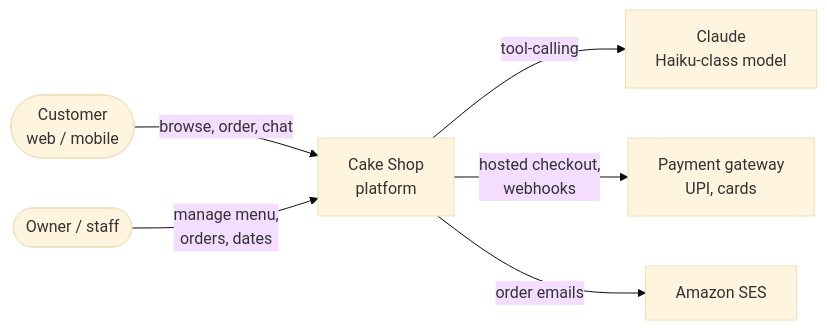
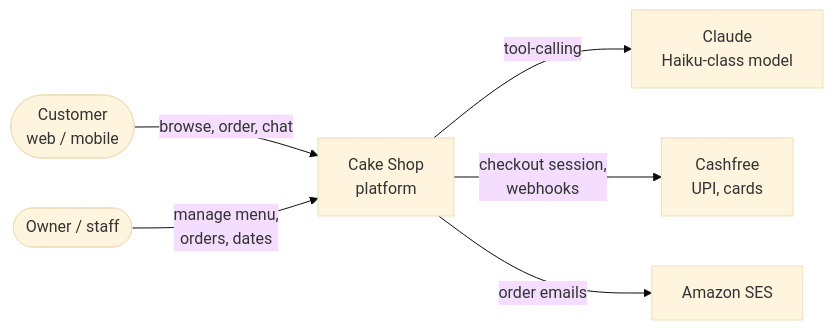
The first of 5 diagrams in docs/architecture/README.md (RisheDubs/cake-shop), drawn with Mermaid (base theme) before and after one commit. The commit also changed other lines of this file and 5 other files, not shown here.

Commit message:
docs(adr): 0008 Cashfree as payment gateway (#SPIKE-03)

````diff
--- a/docs/architecture/README.md
+++ b/docs/architecture/README.md
@@ -19,8 +19,8 @@
 ```mermaid
 flowchart LR
   C([Customer<br/>web / mobile]) -->|browse, order, chat| SYS[Cake Shop<br/>platform]
   O([Owner / staff]) -->|manage menu,<br/>orders, dates| SYS
   SYS -->|tool-calling| AI[Claude<br/>Haiku-class model]
-  SYS -->|hosted checkout,<br/>webhooks| PAY[Payment gateway<br/>UPI, cards]
+  SYS -->|checkout session,<br/>webhooks| PAY[Cashfree<br/>UPI, cards]
   SYS -->|order emails| MAIL[Amazon SES]
 ```
````
